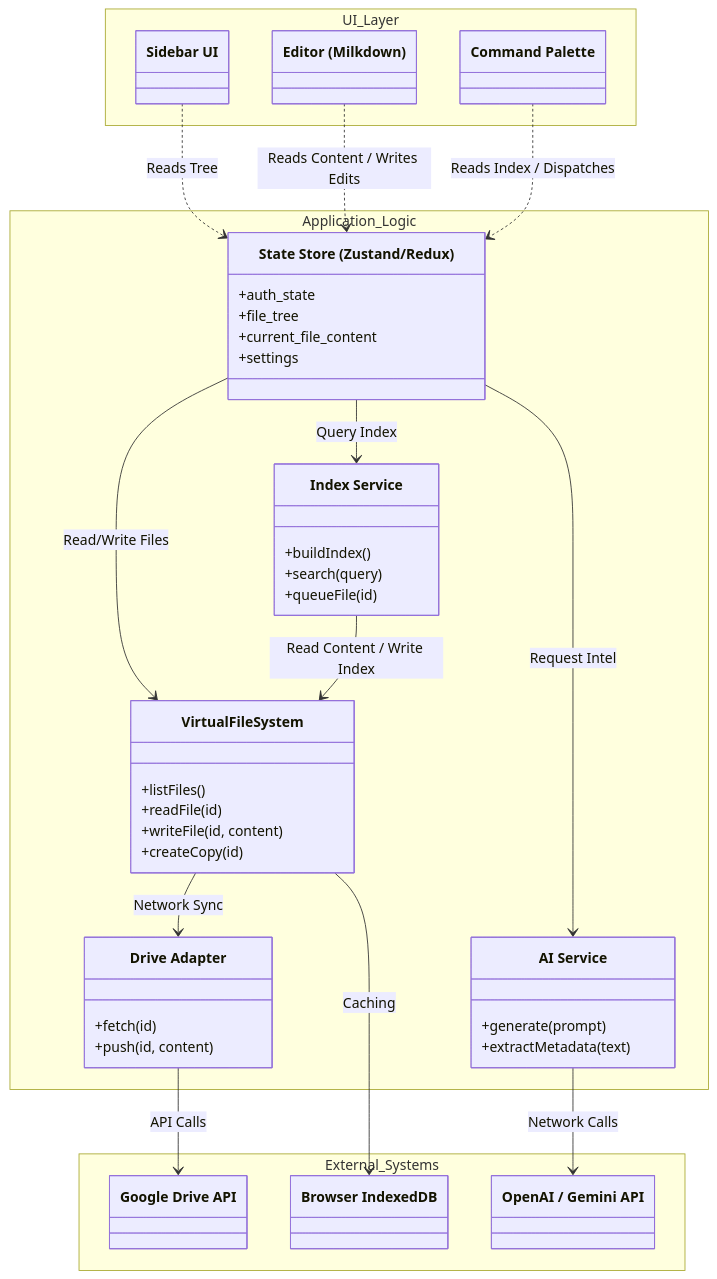
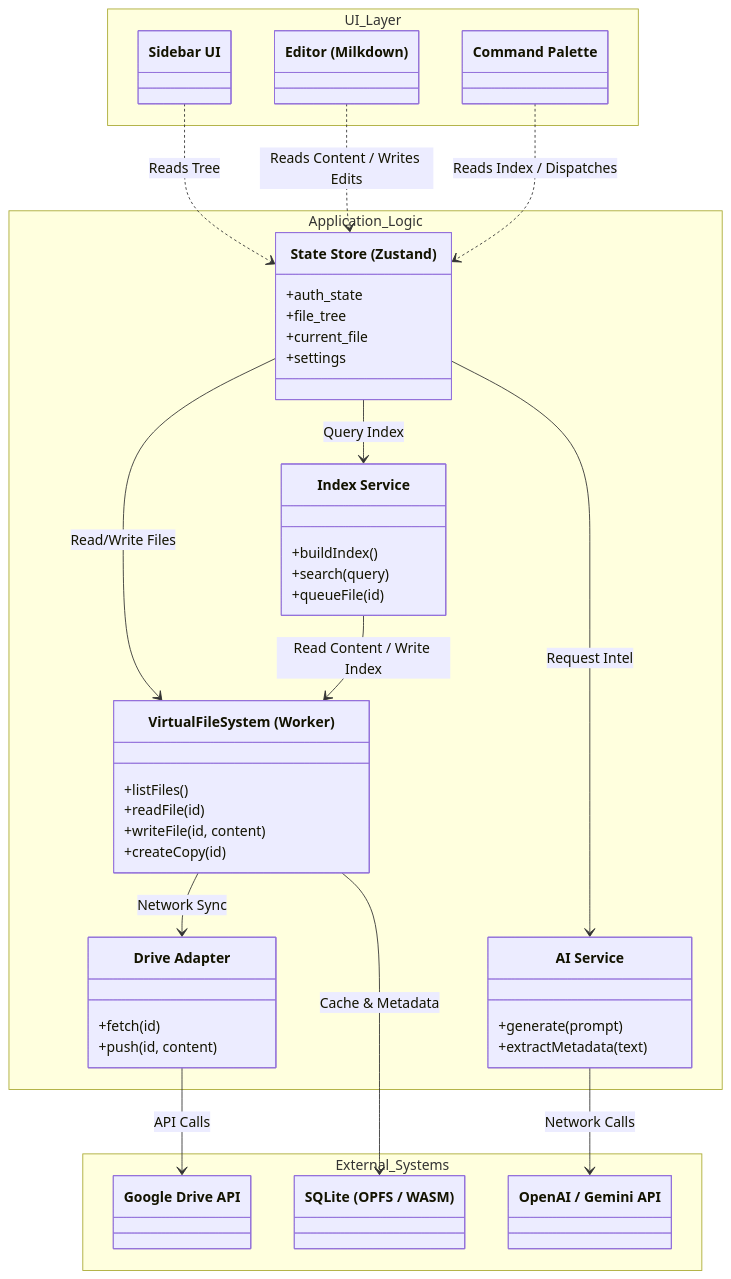
Before and after one commit to SharifIsmail/tools: the diagram in personal-assistant-requirements/software_architecture.md, drawn with Mermaid. The commit also changed other lines of this file and 1 other file, not shown here.

Commit message:
updates the in browser storage to wa-sqlite from indexeddb

````diff
--- a/personal-assistant-requirements/software_architecture.md
+++ b/personal-assistant-requirements/software_architecture.md
@@ -21,70 +21,70 @@
 ```mermaid
 classDiagram
     direction TB
 
     namespace External_Systems {
         class GoogleDriveAPI["Google Drive API"]
         class OpenAI["OpenAI / Gemini API"]
-        class IndexedDB["Browser IndexedDB"]
+        class SQLite["SQLite (OPFS / WASM)"]
     }
 
     namespace Application_Logic {
-        class Store["State Store (Zustand/Redux)"] {
+        class Store["State Store (Zustand)"] {
             +auth_state
             +file_tree
-            +current_file_content
+            +current_file
             +settings
         }
         
-        class VFS["VirtualFileSystem"] {
+        class VFS["VirtualFileSystem (Worker)"] {
             +listFiles()
             +readFile(id)
             +writeFile(id, content)
             +createCopy(id)
         }
 
         class DriveAdapter["Drive Adapter"] {
              +fetch(id)
              +push(id, content)
         }
         
         class IndexService["Index Service"] {
             +buildIndex()
             +search(query)
             +queueFile(id)
         }
         
         class AIService["AI Service"] {
             +generate(prompt)
             +extractMetadata(text)
         }
     }
 
     namespace UI_Layer {
         class Sidebar["Sidebar UI"]
         class Editor["Editor (Milkdown)"]
         class CommandPalette["Command Palette"]
     }
 
     %% Relationships
     
     %% UI depends on Store
     Sidebar ..> Store : Reads Tree
     Editor ..> Store : Reads Content / Writes Edits
     CommandPalette ..> Store : Reads Index / Dispatches
 
     %% Store Coordinates Services
     Store --> VFS : Read/Write Files
     Store --> IndexService : Query Index
     Store --> AIService : Request Intel
 
     %% VFS Internals
     VFS --> DriveAdapter : Network Sync
-    VFS --> IndexedDB : Caching
+    VFS --> SQLite : Cache & Metadata
     DriveAdapter --> GoogleDriveAPI : API Calls
 
     %% Service Dependencies
     AIService --> OpenAI : Network Calls
     IndexService --> VFS : Read Content / Write Index
     
 ```
````
